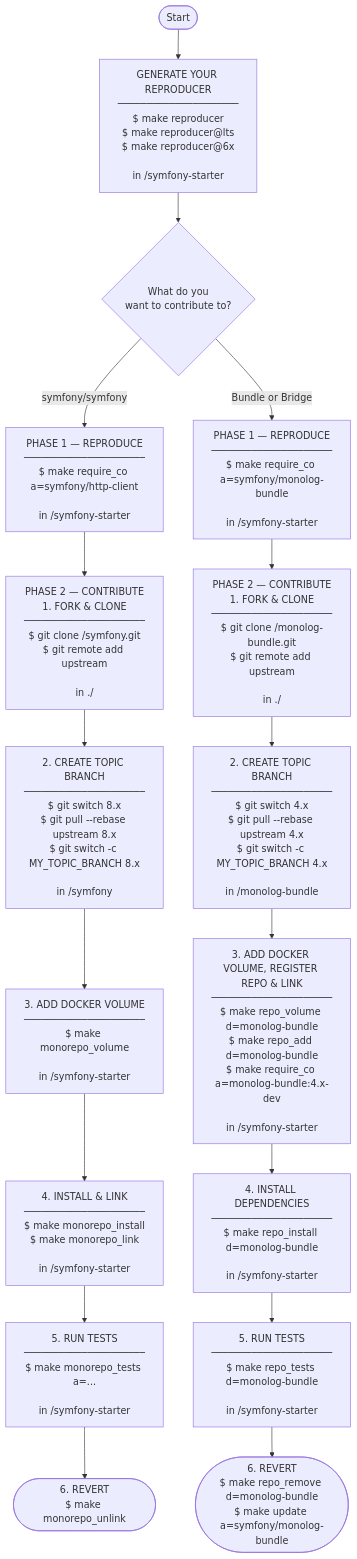
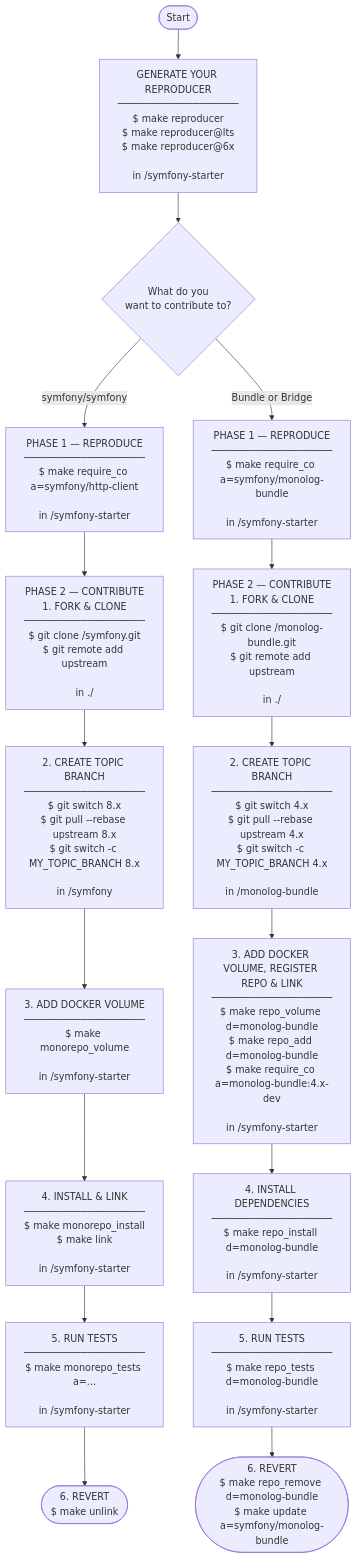
Before and after one commit to jprivet-dev/symfony-starter: the diagram in .starter/docs/contrib.md, drawn with Mermaid. The commit also changed other lines of this file, not shown here.

Commit message:
docs(contrib.md): use link & unlink commands

````diff
--- a/.starter/docs/contrib.md
+++ b/.starter/docs/contrib.md
@@ -251,24 +251,24 @@
 ```mermaid
 flowchart TD
   START([Start]) --> REPRODUCER
   REPRODUCER["GENERATE YOUR REPRODUCER\n─────────────────────\n$ make reproducer\n$ make reproducer@lts\n$ make reproducer@6x\n\nin /symfony-starter"]
   REPRODUCER --> CHOICE{What do you\nwant to contribute to?}
   CHOICE -->|symfony/symfony| MP1
   CHOICE -->|Bundle or Bridge| BP1
 %% ── MONOREPO WORKFLOW ──────────────────────────────────────
   MP1["PHASE 1 — REPRODUCE\n─────────────────────\n$ make require_co a=symfony/http-client\n\nin /symfony-starter"]
   MP1 --> MP2["PHASE 2 — CONTRIBUTE\n1. FORK & CLONE\n─────────────────────\n$ git clone <MY_USERNAME>/symfony.git\n$ git remote add upstream\n\nin ./"]
   MP2 --> M2["2. CREATE TOPIC BRANCH\n─────────────────────\n$ git switch 8.x\n$ git pull --rebase upstream 8.x\n$ git switch -c MY_TOPIC_BRANCH 8.x\n\nin /symfony"]
   M2 --> M3["3. ADD DOCKER VOLUME\n─────────────────────\n$ make monorepo_volume\n\nin /symfony-starter"]
-  M3 --> M4["4. INSTALL & LINK\n─────────────────────\n$ make monorepo_install\n$ make monorepo_link\n\nin /symfony-starter"]
+  M3 --> M4["4. INSTALL & LINK\n─────────────────────\n$ make monorepo_install\n$ make link\n\nin /symfony-starter"]
   M4 --> M5["5. RUN TESTS\n─────────────────────\n$ make monorepo_tests a=...\n\nin /symfony-starter"]
-  M5 --> M6(["6. REVERT\n$ make monorepo_unlink"])
+  M5 --> M6(["6. REVERT\n$ make unlink"])
 %% ── BUNDLE WORKFLOW ────────────────────────────────────────
   BP1["PHASE 1 — REPRODUCE\n─────────────────────\n$ make require_co a=symfony/monolog-bundle\n\nin /symfony-starter"]
   BP1 --> BP2["PHASE 2 — CONTRIBUTE\n1. FORK & CLONE\n─────────────────────\n$ git clone <MY_USERNAME>/monolog-bundle.git\n$ git remote add upstream\n\nin ./"]
   BP2 --> B2["2. CREATE TOPIC BRANCH\n─────────────────────\n$ git switch 4.x\n$ git pull --rebase upstream 4.x\n$ git switch -c MY_TOPIC_BRANCH 4.x\n\nin /monolog-bundle"]
   B2 --> B3["3. ADD DOCKER VOLUME, REGISTER REPO & LINK\n─────────────────────\n$ make repo_volume d=monolog-bundle\n$ make repo_add d=monolog-bundle\n$ make require_co a=monolog-bundle:4.x-dev\n\nin /symfony-starter"]
   B3 --> B4["4. INSTALL DEPENDENCIES\n─────────────────────\n$ make repo_install d=monolog-bundle\n\nin /symfony-starter"]
   B4 --> B5["5. RUN TESTS\n─────────────────────\n$ make repo_tests d=monolog-bundle\n\nin /symfony-starter"]
   B5 --> B6(["6. REVERT\n$ make repo_remove d=monolog-bundle\n$ make update a=symfony/monolog-bundle"])
 ```
````
